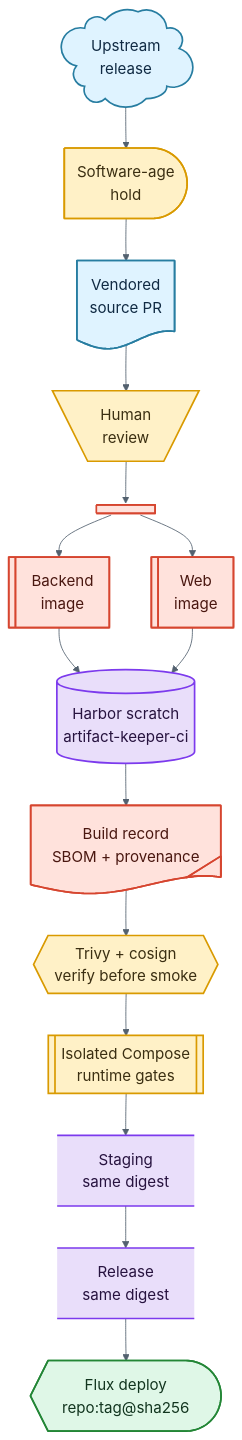
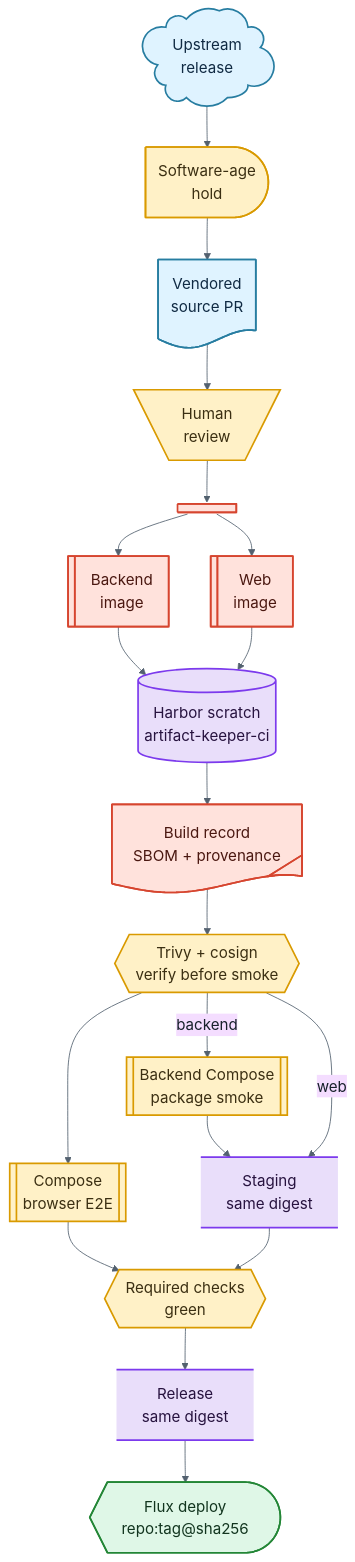
The diagram in docs/reference-architecture.md (cazlo/supply-chain-as-a-service), drawn with Mermaid before and after one commit. The commit also changed other lines of this file and 14 other files, not shown here.

````diff
--- a/docs/reference-architecture.md
+++ b/docs/reference-architecture.md
@@ -31,34 +36,40 @@
 ```mermaid
 %%{init: {"theme": "base", "themeVariables": {"fontSize": "18px", "fontFamily": "Inter, ui-sans-serif, system-ui", "primaryTextColor": "#17212b", "lineColor": "#53616f"}} }%%
 flowchart TB
   upstream@{ shape: cloud, label: "Upstream<br/>release" }
   hold@{ shape: delay, label: "Software-age<br/>hold" }
   pr@{ shape: doc, label: "Vendored<br/>source PR" }
   human@{ shape: trap-t, label: "Human<br/>review" }
   fork@{ shape: fork, label: "Split builds" }
   backend@{ shape: lin-rect, label: "Backend<br/>image" }
   web@{ shape: lin-rect, label: "Web<br/>image" }
   scratch@{ shape: cyl, label: "Harbor scratch<br/>artifact-keeper-ci" }
   evidence@{ shape: tag-doc, label: "Build record<br/>SBOM + provenance" }
   verify@{ shape: hex, label: "Trivy + cosign<br/>verify before smoke" }
-  smoke@{ shape: fr-rect, label: "Isolated Compose<br/>runtime gates" }
+  smoke@{ shape: fr-rect, label: "Backend Compose<br/>package smoke" }
+  browser@{ shape: fr-rect, label: "Compose<br/>browser E2E" }
   staging@{ shape: datastore, label: "Staging<br/>same digest" }
+  green@{ shape: hex, label: "Required checks<br/>green" }
   release@{ shape: datastore, label: "Release<br/>same digest" }
   flux@{ shape: curv-trap, label: "Flux deploy<br/>repo:tag@sha256" }
 
   upstream --> hold --> pr --> human --> fork
   fork --> backend --> scratch
   fork --> web --> scratch
-  scratch --> evidence --> verify --> smoke --> staging --> release --> flux
+  scratch --> evidence --> verify
+  verify -->|backend| smoke --> staging
+  verify -->|web| staging
+  verify --> browser --> green
+  staging --> green --> release --> flux
 
   classDef source fill:#dff3ff,stroke:#277da1,stroke-width:2px,color:#102a43,font-size:18px
   classDef policy fill:#fff1c7,stroke:#d99a00,stroke-width:2px,color:#3b2f12,font-size:18px
   classDef build fill:#ffe2dc,stroke:#d6452f,stroke-width:2px,color:#4a1710,font-size:18px
   classDef registry fill:#e9defa,stroke:#7c3aed,stroke-width:2px,color:#27133f,font-size:18px
   classDef deploy fill:#dff7e7,stroke:#238636,stroke-width:2px,color:#12351f,font-size:18px
   class upstream,pr source
-  class hold,human,verify,smoke policy
+  class hold,human,verify,smoke,browser,green policy
   class fork,backend,web,evidence build
   class scratch,staging,release registry
   class flux deploy
 ```
````
